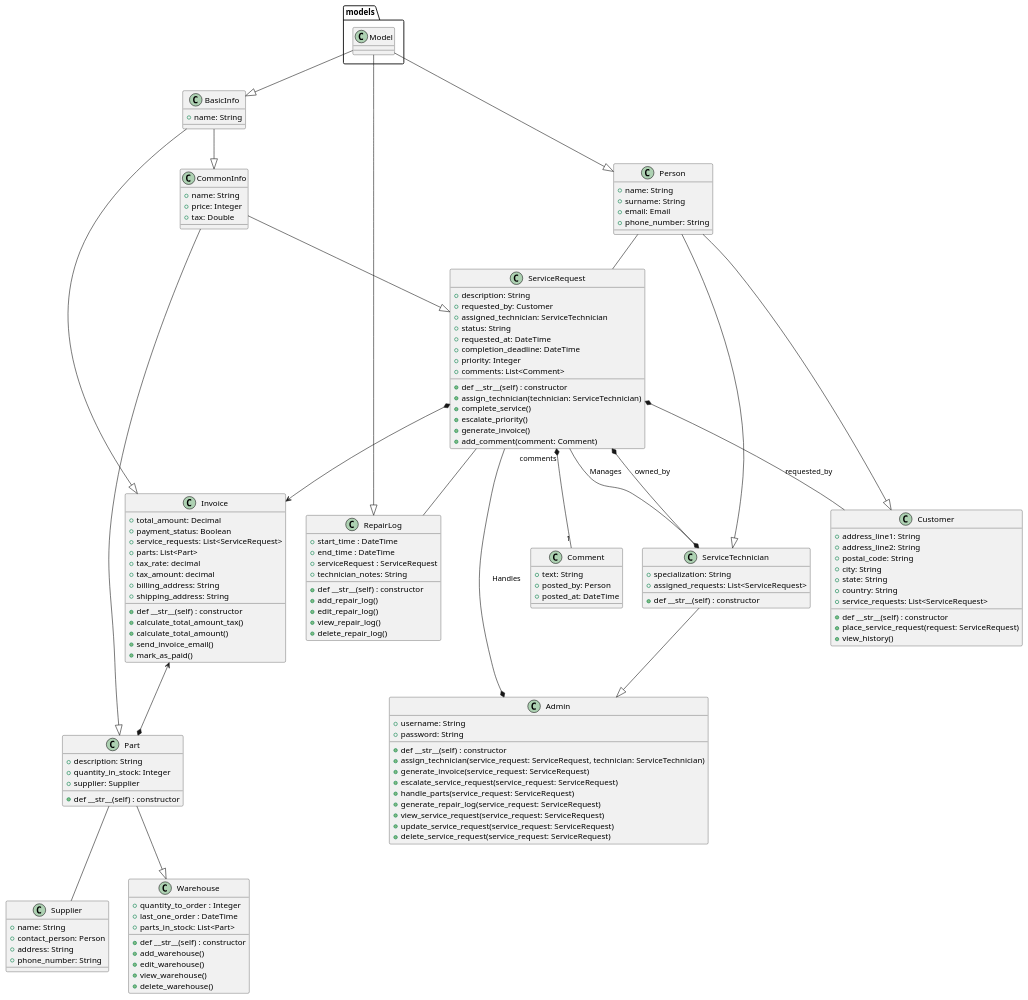
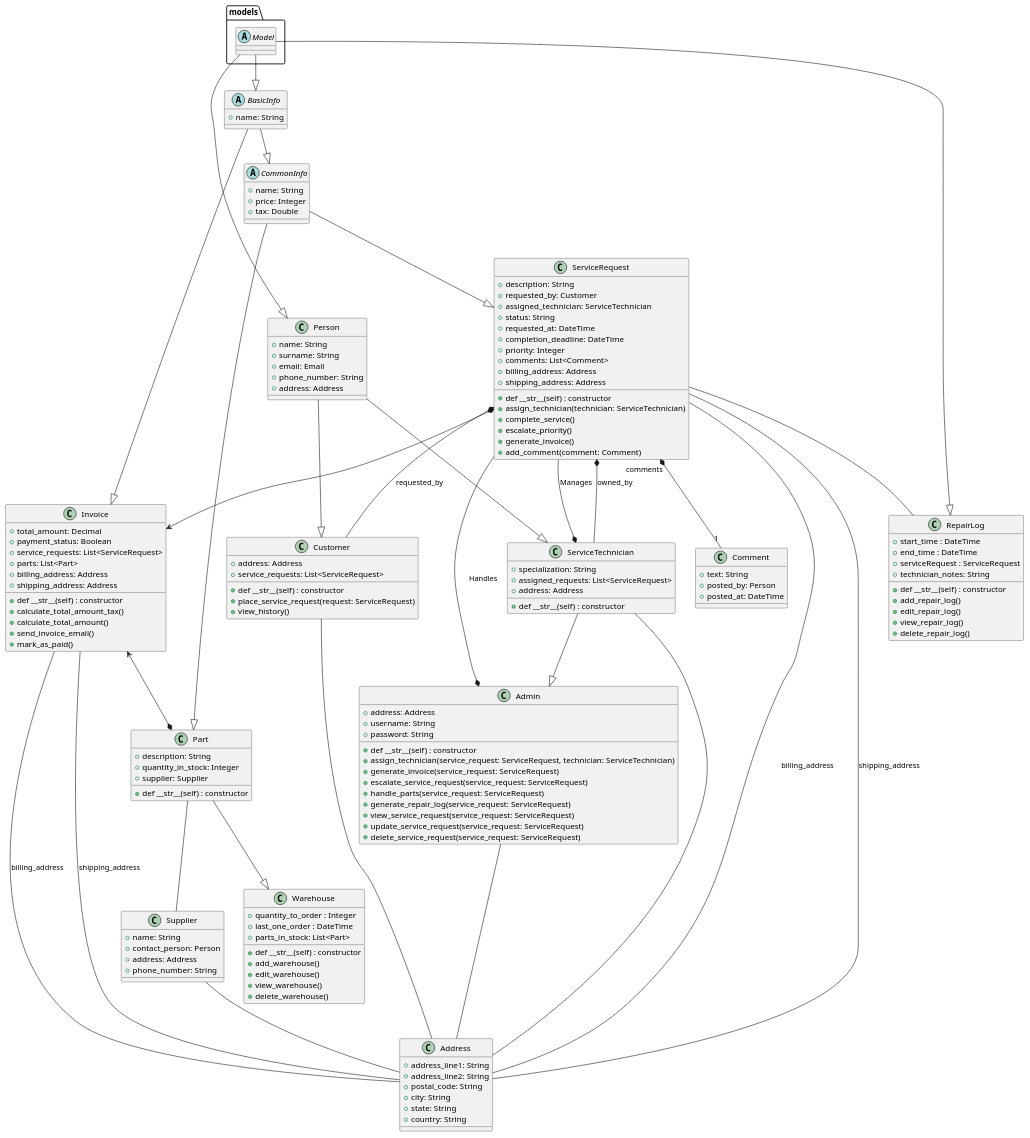
The diagram in umlDiagrams/computer_service_class_diagram.plantuml (Fluorky/Computer-Service-Django-Api), drawn with PlantUML before and after one commit. The commit also changed 1 other file, not shown here.

Commit message:
Update plantuml diagram and readme

```diff
--- a/umlDiagrams/computer_service_class_diagram.plantuml
+++ b/umlDiagrams/computer_service_class_diagram.plantuml
@@ -1,154 +1,169 @@
 @startuml
 
-class models.Model {
+abstract class models.Model {
 }
 
-class BasicInfo {
+abstract class BasicInfo {
   + name: String
 }
 
-class CommonInfo {
+abstract class CommonInfo {
   + name: String
   + price: Integer
   + tax: Double
 }
 
 class Person {
   + name: String
   + surname: String
   + email: Email
   + phone_number: String
+  + address: Address
 }
 
 class ServiceRequest {
   + description: String
   + requested_by: Customer
   + assigned_technician: ServiceTechnician
   + status: String
   + requested_at: DateTime
   + completion_deadline: DateTime
   + priority: Integer
   + comments: List<Comment>
+  + billing_address: Address
+  + shipping_address: Address
   + def __str__(self) : constructor
   + assign_technician(technician: ServiceTechnician)
   + complete_service()
   + escalate_priority()
   + generate_invoice()
   + add_comment(comment: Comment)
 }
 
 class Comment {
   + text: String
   + posted_by: Person
   + posted_at: DateTime
 }
 
 class Invoice {
   + total_amount: Decimal
   + payment_status: Boolean
   + service_requests: List<ServiceRequest>
   + parts: List<Part>
-  + tax_rate: decimal
-  + tax_amount: decimal
-  + billing_address: String
-  + shipping_address: String
+  + billing_address: Address
+  + shipping_address: Address
   + def __str__(self) : constructor
   + calculate_total_amount_tax()
   + calculate_total_amount()
   + send_invoice_email()
   + mark_as_paid()
 }
 
 class Part {
   + description: String
   + quantity_in_stock: Integer
   + supplier: Supplier
   + def __str__(self) : constructor
 }
 
 class Supplier {
   + name: String
   + contact_person: Person
-  + address: String
+  + address: Address
   + phone_number: String
 }
 
 class ServiceTechnician {
   + specialization: String
   + assigned_requests: List<ServiceRequest>
+  + address: Address
   + def __str__(self) : constructor
 }
 
 class Customer {
-  + address_line1: String
-  + address_line2: String
-  + postal_code: String
-  + city: String
-  + state: String
-  + country: String
+  + address: Address
   + service_requests: List<ServiceRequest>
   + def __str__(self) : constructor
   + place_service_request(request: ServiceRequest)
   + view_history()
 }
 
 class Admin {
+  + address: Address
   + username: String
   + password: String
   + def __str__(self) : constructor
   + assign_technician(service_request: ServiceRequest, technician: ServiceTechnician)
   + generate_invoice(service_request: ServiceRequest)
   + escalate_service_request(service_request: ServiceRequest)
   + handle_parts(service_request: ServiceRequest)
   + generate_repair_log(service_request: ServiceRequest)
   + view_service_request(service_request: ServiceRequest)
   + update_service_request(service_request: ServiceRequest)
   + delete_service_request(service_request: ServiceRequest)
 }
 
 class RepairLog {
   + start_time : DateTime
   + end_time : DateTime
   + serviceRequest : ServiceRequest
   + technician_notes: String
   + def __str__(self) : constructor
   + add_repair_log()
   + edit_repair_log()
   + view_repair_log()
   + delete_repair_log()
 }
 
 class Warehouse {
   + quantity_to_order : Integer
   + last_one_order : DateTime
   + parts_in_stock: List<Part>
   + def __str__(self) : constructor
   + add_warehouse()
   + edit_warehouse()
   + view_warehouse()
   + delete_warehouse()
 }
 
+class Address {
+  + address_line1: String
+  + address_line2: String
+  + postal_code: String
+  + city: String
+  + state: String
+  + country: String
+}
+
 models.Model --|> BasicInfo
 BasicInfo --|> CommonInfo
 models.Model --|> Person
 models.Model --|> RepairLog
 CommonInfo --|>  ServiceRequest
 CommonInfo --|> Part
-Person -- ServiceRequest
+
 BasicInfo --|> Invoice
 ServiceRequest *--> Invoice
 ServiceRequest *-- Customer : requested_by
 ServiceRequest *-- ServiceTechnician : owned_by
 Invoice <--* Part
 Part -- Supplier
 Person --|> ServiceTechnician
 Person --|> Customer
 ServiceRequest -- RepairLog
 Part --|> Warehouse
 ServiceRequest "comments" *-- "1" Comment
-ServiceTechnician --|> Admin
+ServiceTechnician --|> Admin 
 Admin *-- ServiceRequest : Handles
 ServiceTechnician *-- ServiceRequest : Manages
+Customer -- Address
+Admin -- Address
+ServiceTechnician -- Address
+Supplier -- Address
+ServiceRequest -- Address : billing_address
+ServiceRequest -- Address : shipping_address
+Invoice -- Address : billing_address
+Invoice -- Address : shipping_address
 
 @enduml
```
